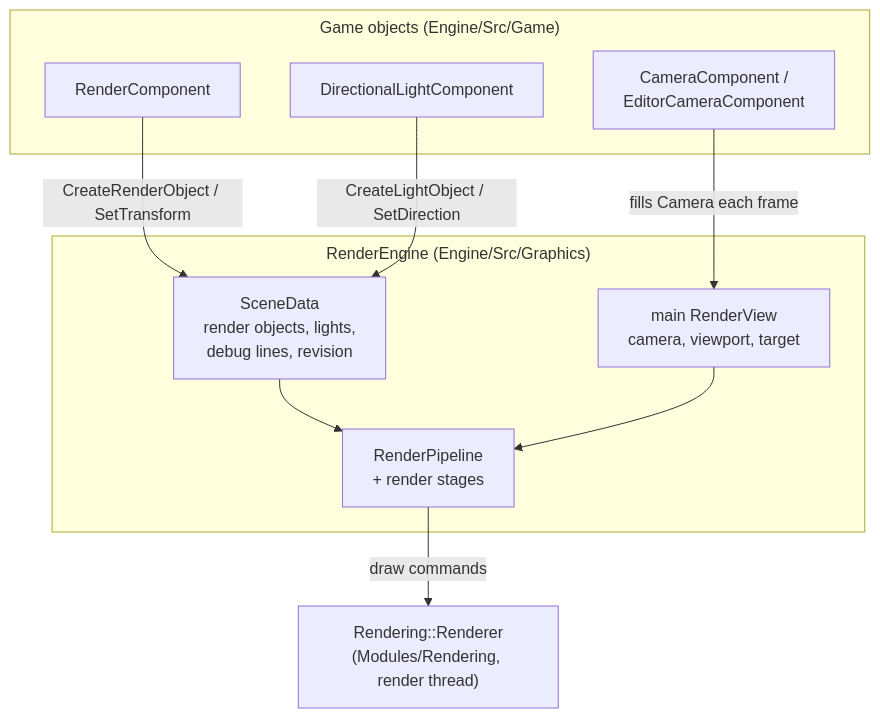
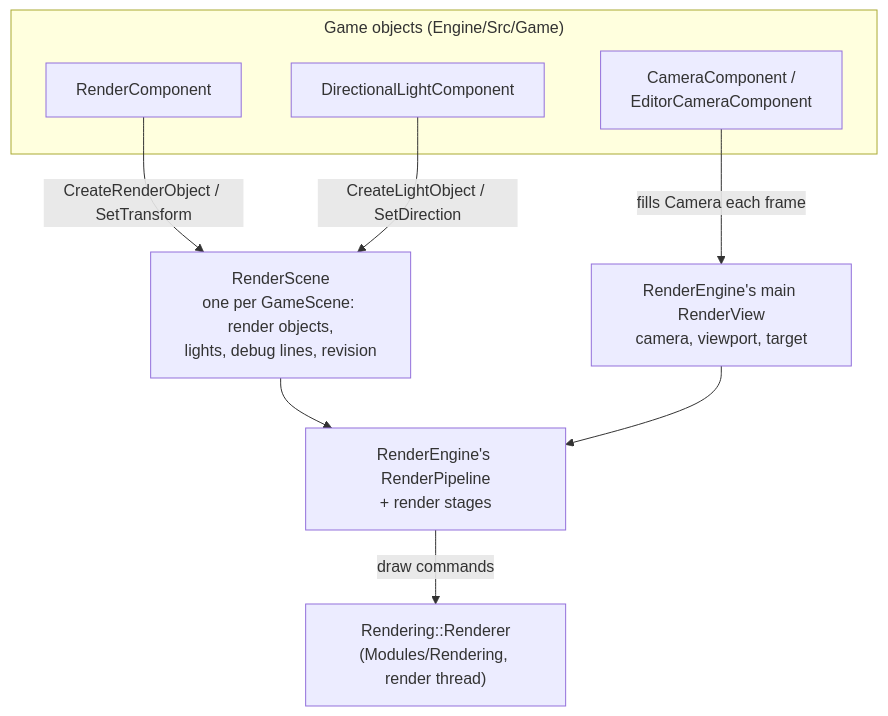
Before and after one commit to b1nary0/RZE: the first of 4 diagrams in Docs/Generated/Engine/04-Rendering/Engine-Graphics-Layer.md, drawn with Mermaid. The commit also changed other lines of this file and 22 other files, not shown here.

````diff
--- a/Docs/Generated/Engine/04-Rendering/Engine-Graphics-Layer.md
+++ b/Docs/Generated/Engine/04-Rendering/Engine-Graphics-Layer.md
@@ -5,22 +5,20 @@
 ```mermaid
 %%{init: {'flowchart': {'subGraphTitleMargin': {'top': 6, 'bottom': 10}}, 'themeCSS': '.labelBkg, .edgeLabel { background-color: var(--background-primary) !important; } .messageText, .labelText, .loopText { paint-order: stroke; stroke: var(--background-primary); stroke-width: 5px; stroke-linejoin: round; }'}}%%
 flowchart TD
     subgraph Game["Game objects (Engine/Src/Game)"]
         RC["RenderComponent"]
         DL["DirectionalLightComponent"]
         CAM["CameraComponent /<br/>EditorCameraComponent"]
     end
-    subgraph RE["RenderEngine (Engine/Src/Graphics)"]
-        SD["SceneData<br/>render objects, lights,<br/>debug lines, revision"]
-        MV["main RenderView<br/>camera, viewport, target"]
-        PL["RenderPipeline<br/>+ render stages"]
-    end
+    SD["RenderScene<br/>one per GameScene: render objects,<br/>lights, debug lines, revision"]
+    MV["RenderEngine's main RenderView<br/>camera, viewport, target"]
+    PL["RenderEngine's RenderPipeline<br/>+ render stages"]
     LL["Rendering::Renderer<br/>(Modules/Rendering, render thread)"]
 
     RC -->|"CreateRenderObject / SetTransform"| SD
     DL -->|"CreateLightObject / SetDirection"| SD
     CAM -->|"fills Camera each frame"| MV
     SD --> PL
     MV --> PL
     PL -->|"draw commands"| LL
 ```
````
